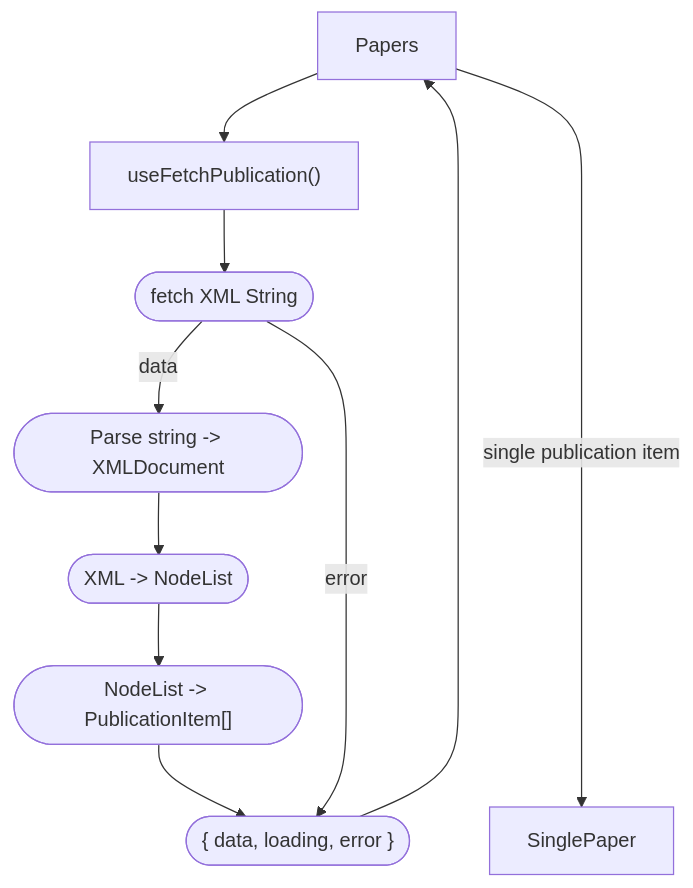
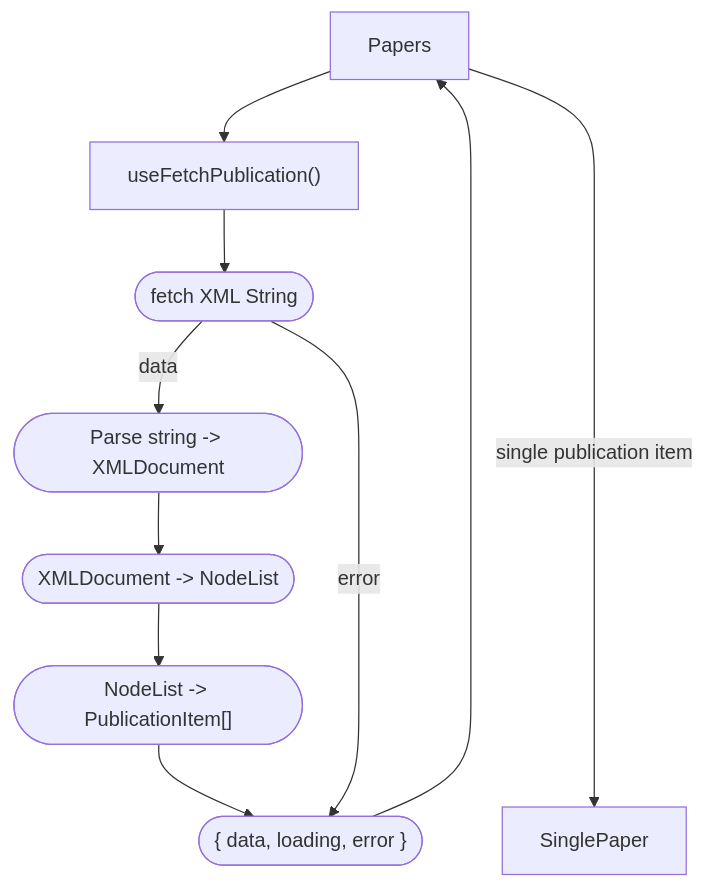
Before and after one commit to dictyBase/frontendx: the first of 3 diagrams in apps/dicty-frontpage/docs/Publications.md, drawn with Mermaid. The commit also changed other lines of this file, not shown here.

First line of the commit message:
feat(Publications.md): add data pipe diagram and functional flowchart for fetching and transforming publication data

````diff
--- a/apps/dicty-frontpage/docs/Publications.md
+++ b/apps/dicty-frontpage/docs/Publications.md
@@ -5,20 +7,20 @@
 ```mermaid
 flowchart TD
 
 A[Papers]
 B[SinglePaper]
 H["useFetchPublication()"]
 H1(["fetch XML String"])
 H2(["Parse string -> XMLDocument"])
-H3(["XML -> NodeList"])
+H3(["XMLDocument -> NodeList"])
 H4(["NodeList -> PublicationItem[]"])
 R(["{ data, loading, error }"])
 
 A --> H
 A ------->|"single publication item"| B
 
 H --> H1 -->|data| H2 --> H3 --> H4 --> R
 H1 -->|error| R --> A
 
 
 ```
````
